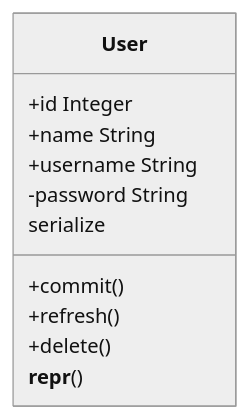
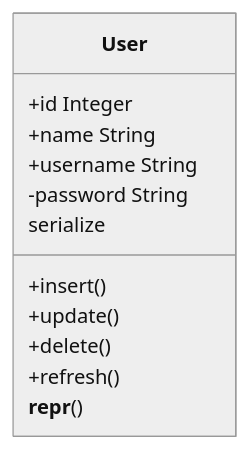
Before and after one commit to kalsmic/tdd_challenge: the second of 8 diagrams in README.md, drawn with Mermaid (neutral theme). The commit also changed other lines of this file and 1 other file, not shown here.

````diff
--- a/README.md
+++ b/README.md
@@ -18,14 +16,15 @@
 ```mermaid
 classDiagram
-	class User
-	User : +id Integer
-	User : +name String
-	User : +username String
-	User : -password String
-	User : +commit()
-	User : +refresh()
-	User : +delete()
-	User : serialize
-	User : __repr__()
-	
+ class User
+ User : +id Integer
+ User : +name String
+ User : +username String
+ User : -password String
+ User : +insert()
+ User : +update()
+ User : +delete()
+ User : +refresh()
+ User : serialize
+ User : __repr__()
+ 
 ```
````
